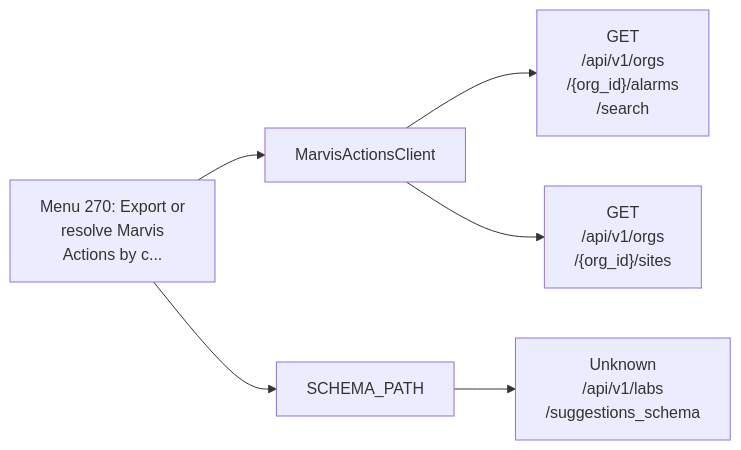
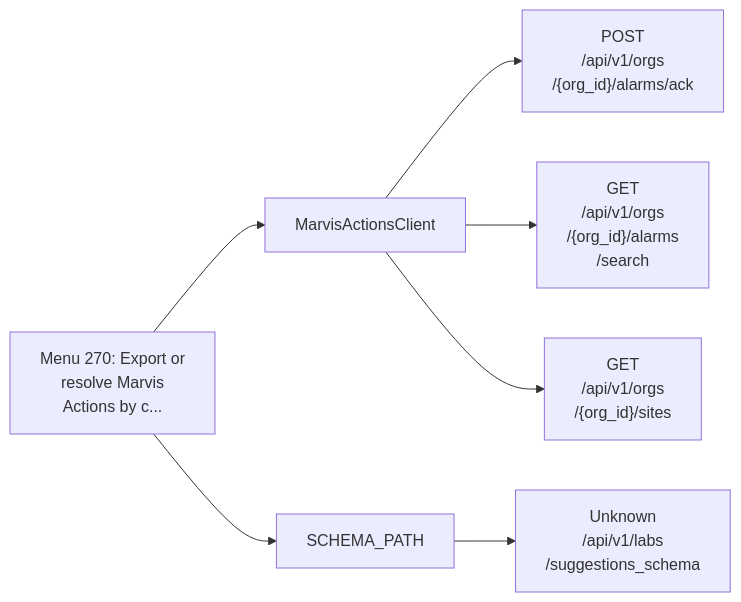
Before and after one commit to jmorrison-juniper/MistHelper: diagram 26 of 26 in documentation/menu-api/interactive-safe.md, drawn with Mermaid. The commit also changed other lines of this file and 20 other files, not shown here.

````diff
--- a/documentation/menu-api/interactive-safe.md
+++ b/documentation/menu-api/interactive-safe.md
@@ -1831,9 +1831,10 @@
 ```mermaid
 flowchart LR
     menu["Menu 270: Export or<br/>resolve Marvis<br/>Actions by c..."]
     menu --> c1["MarvisActionsClient"]
-    c1 --> e1["GET<br/>/api/v1/orgs<br/>/{org_id}/alarms<br/>/search"]
-    c1 --> e2["GET<br/>/api/v1/orgs<br/>/{org_id}/sites"]
+    c1 --> e1["POST<br/>/api/v1/orgs<br/>/{org_id}/alarms/ack"]
+    c1 --> e2["GET<br/>/api/v1/orgs<br/>/{org_id}/alarms<br/>/search"]
+    c1 --> e3["GET<br/>/api/v1/orgs<br/>/{org_id}/sites"]
     menu --> c2["SCHEMA_PATH"]
-    c2 --> e3["Unknown<br/>/api/v1/labs<br/>/suggestions_schema"]
+    c2 --> e4["Unknown<br/>/api/v1/labs<br/>/suggestions_schema"]
 ```
````
